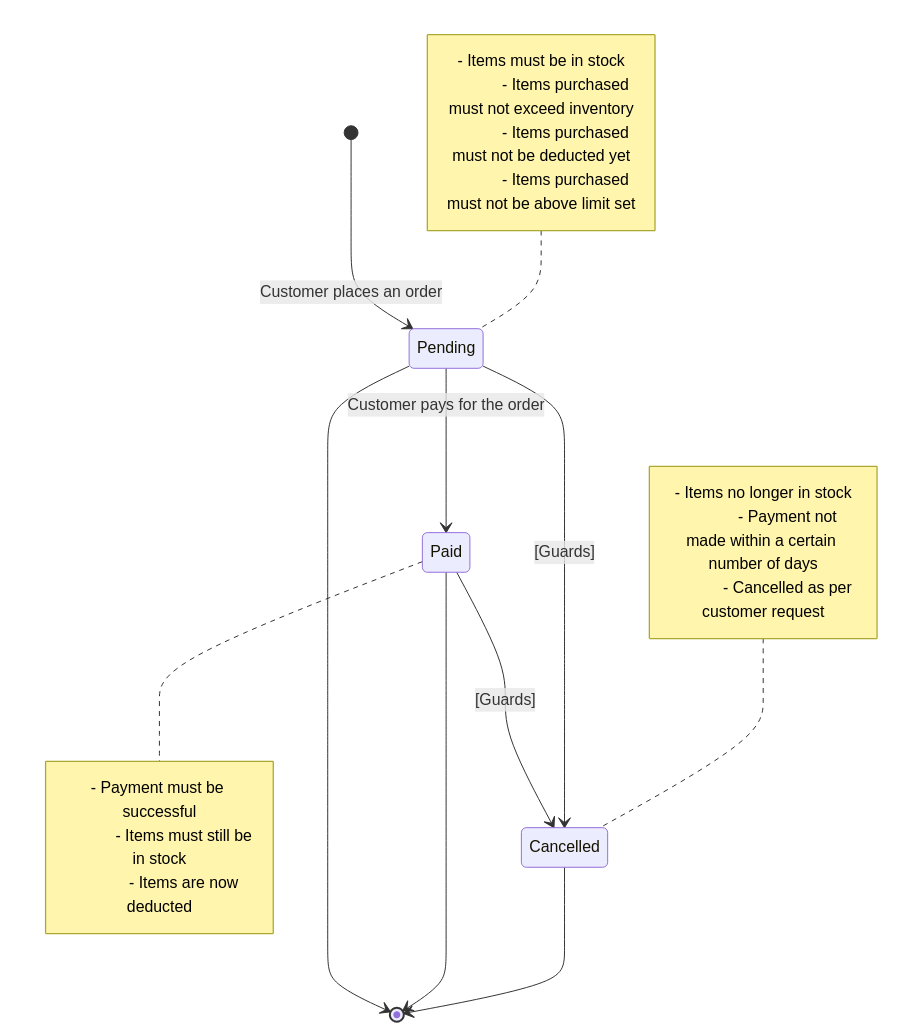
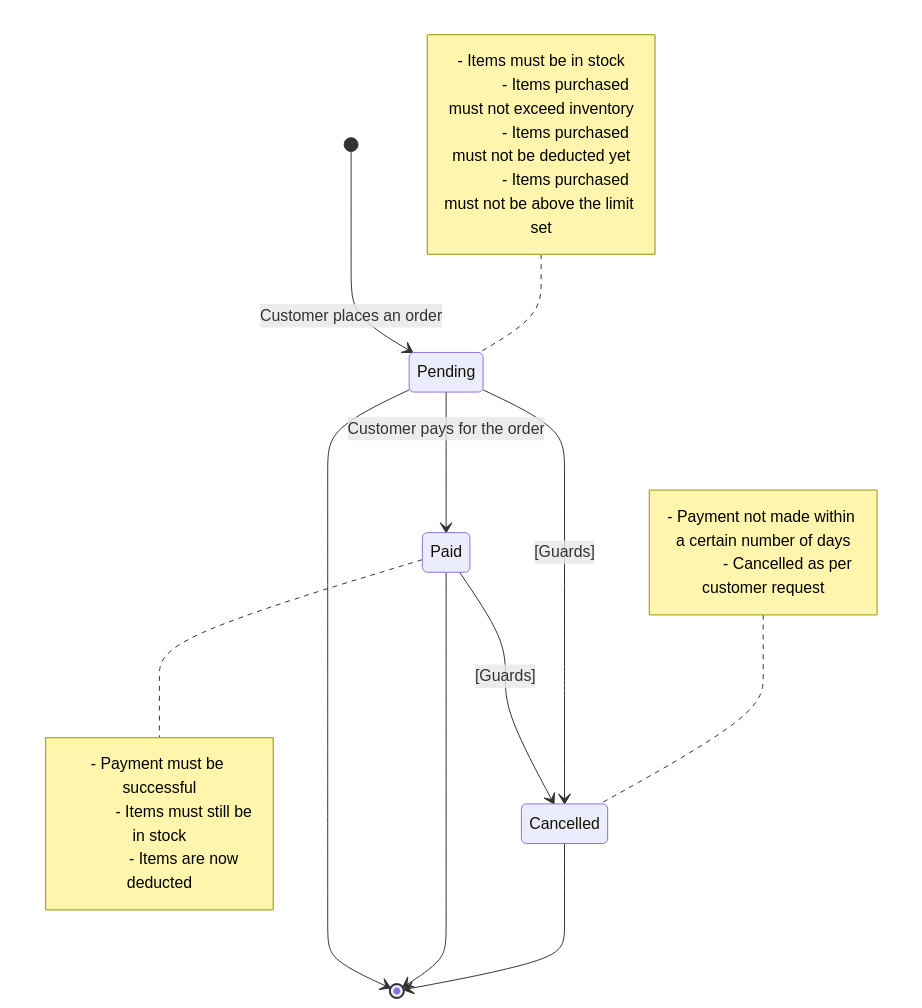
The seventh of 7 diagrams in content/posts/statechart.md (JianLoong/jianloong.github.io), drawn with Mermaid before and after one commit. The commit also changed other lines of this file and 66 other files, not shown here.

```diff
--- a/content/posts/statechart.md
+++ b/content/posts/statechart.md
@@ -191,29 +196,28 @@
 {{<mermaid align="center">}}
 stateDiagram-v2
     [*] --> Pending : Customer places an order
     Pending-->Paid: Customer pays for the order
     Paid --> Cancelled: [Guards] 
     Pending --> Cancelled: [Guards] 
     
     Pending --> [*]
     Paid --> [*]
     Cancelled --> [*]
 
     note right of Paid
             - Payment must be successful
             - Items must still be in stock
             - Items are now deducted
     end note
          note left of Pending
             - Items must be in stock
             - Items purchased must not exceed inventory
             - Items purchased must not be deducted yet
-            - Items purchased must not be above limit set
+            - Items purchased must not be above the limit set
         end note
 
          note left of Cancelled
-            - Items no longer in stock
             - Payment not made within a certain number of days
             - Cancelled as per customer request
         end note
 {{< /mermaid >}}
```
